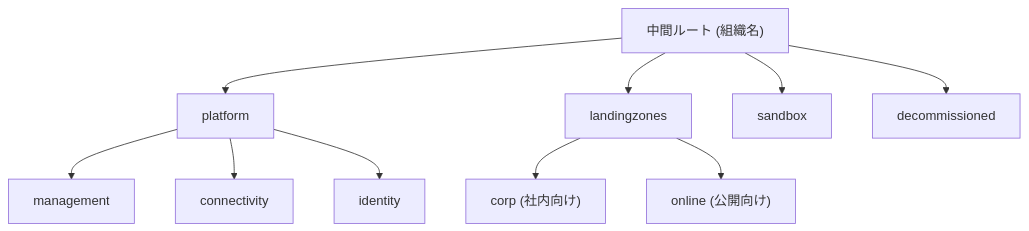
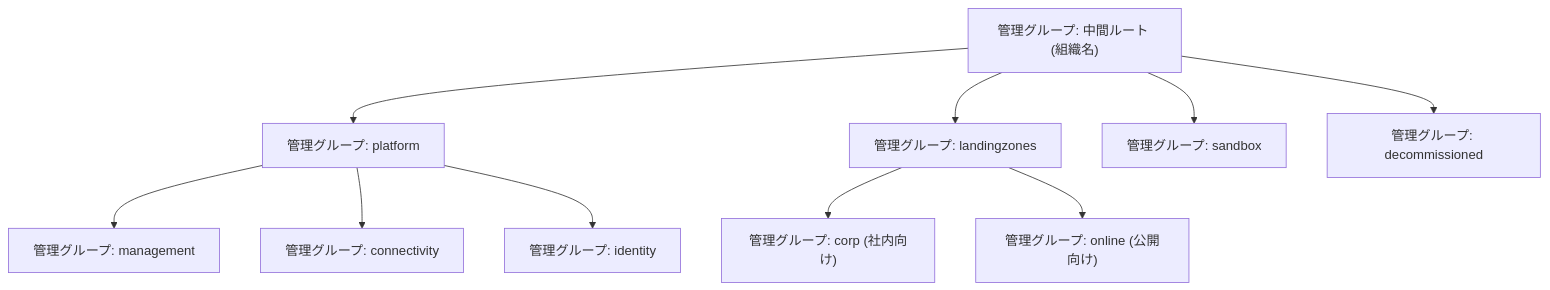
One commit to engineers-hub-ltd-in-house-project/azure-practice changed the diagram in manuscript/part5/21-caf-and-landing-zone.md. Above: the diagram before and after it, drawn with Mermaid. The commit also changed 17 other files, not shown here.

````diff
--- a/manuscript/part5/21-caf-and-landing-zone.md
+++ b/manuscript/part5/21-caf-and-landing-zone.md
@@ -26,13 +26,13 @@
 ```mermaid
 flowchart TB
-  R["中間ルート (組織名)"]
-  R --> P["platform"]
-  R --> L["landingzones"]
-  R --> S["sandbox"]
-  R --> D["decommissioned"]
-  P --> PM["management"]
-  P --> PC["connectivity"]
-  P --> PI["identity"]
-  L --> LC["corp (社内向け)"]
-  L --> LO["online (公開向け)"]
+  R["管理グループ: 中間ルート (組織名)"]
+  R --> P["管理グループ: platform"]
+  R --> L["管理グループ: landingzones"]
+  R --> S["管理グループ: sandbox"]
+  R --> D["管理グループ: decommissioned"]
+  P --> PM["管理グループ: management"]
+  P --> PC["管理グループ: connectivity"]
+  P --> PI["管理グループ: identity"]
+  L --> LC["管理グループ: corp (社内向け)"]
+  L --> LO["管理グループ: online (公開向け)"]
 ```
````
